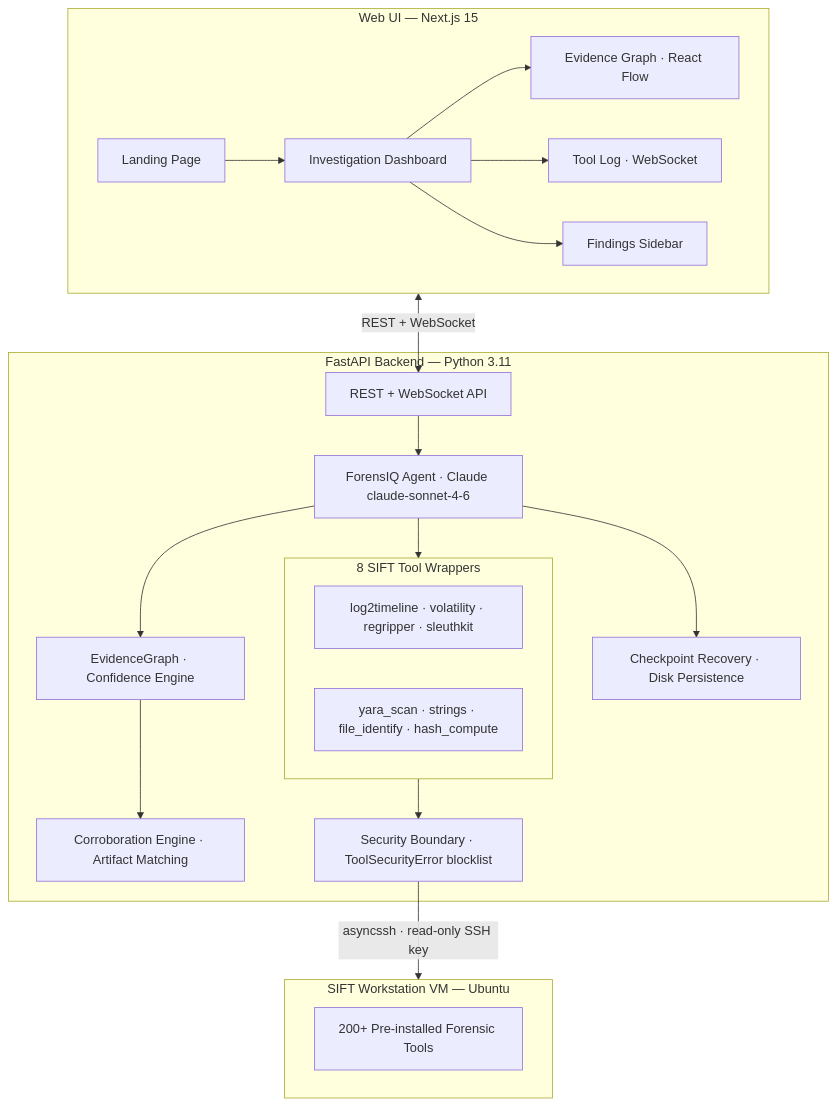
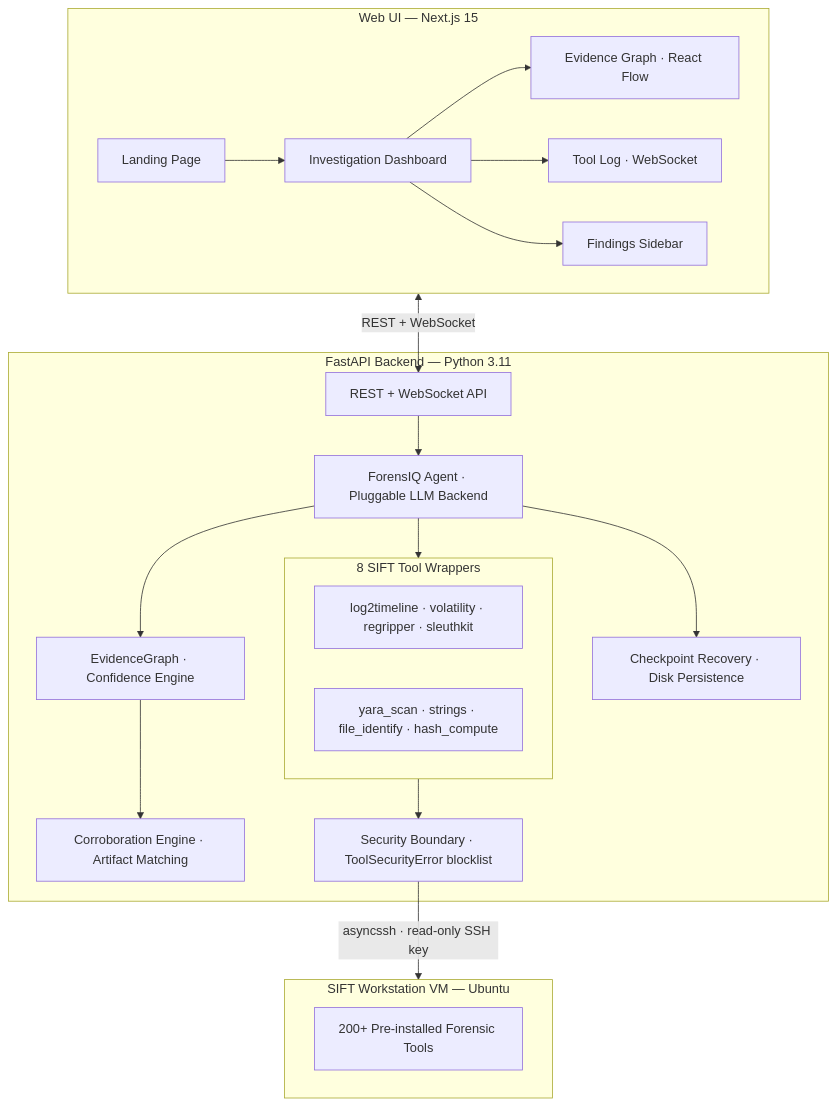
One commit to mystiquemide/forensiciq changed the diagram in README.md. Above: the diagram before and after it, drawn with Mermaid. The commit also changed other lines of this file and 1 other file, not shown here.

First line of the commit message:
docs: replace model-specific names with 'Pluggable LLM Backend'

````diff
--- a/README.md
+++ b/README.md
@@ -56,36 +56,36 @@
 ```mermaid
 flowchart TB
     subgraph UI["Web UI — Next.js 15"]
         A[Landing Page] --> B[Investigation Dashboard]
         B --> C[Evidence Graph · React Flow]
         B --> D[Tool Log · WebSocket]
         B --> E[Findings Sidebar]
     end
 
     subgraph Backend["FastAPI Backend — Python 3.11"]
         F[REST + WebSocket API]
-        G[ForensIQ Agent · Claude claude-sonnet-4-6]
+        G[ForensIQ Agent · Pluggable LLM Backend]
         H[EvidenceGraph · Confidence Engine]
         I[Corroboration Engine · Artifact Matching]
         J[Checkpoint Recovery · Disk Persistence]
         K[Security Boundary · ToolSecurityError blocklist]
 
         subgraph Tools["8 SIFT Tool Wrappers"]
             L[log2timeline · volatility · regripper · sleuthkit]
             M[yara_scan · strings · file_identify · hash_compute]
         end
     end
 
     subgraph SIFT["SIFT Workstation VM — Ubuntu"]
         N[200+ Pre-installed Forensic Tools]
     end
 
     UI <-->|REST + WebSocket| F
     F --> G
     G --> H
     H --> I
     G --> J
     G --> Tools
     Tools --> K
     K -->|asyncssh · read-only SSH key| SIFT
 ```
````
